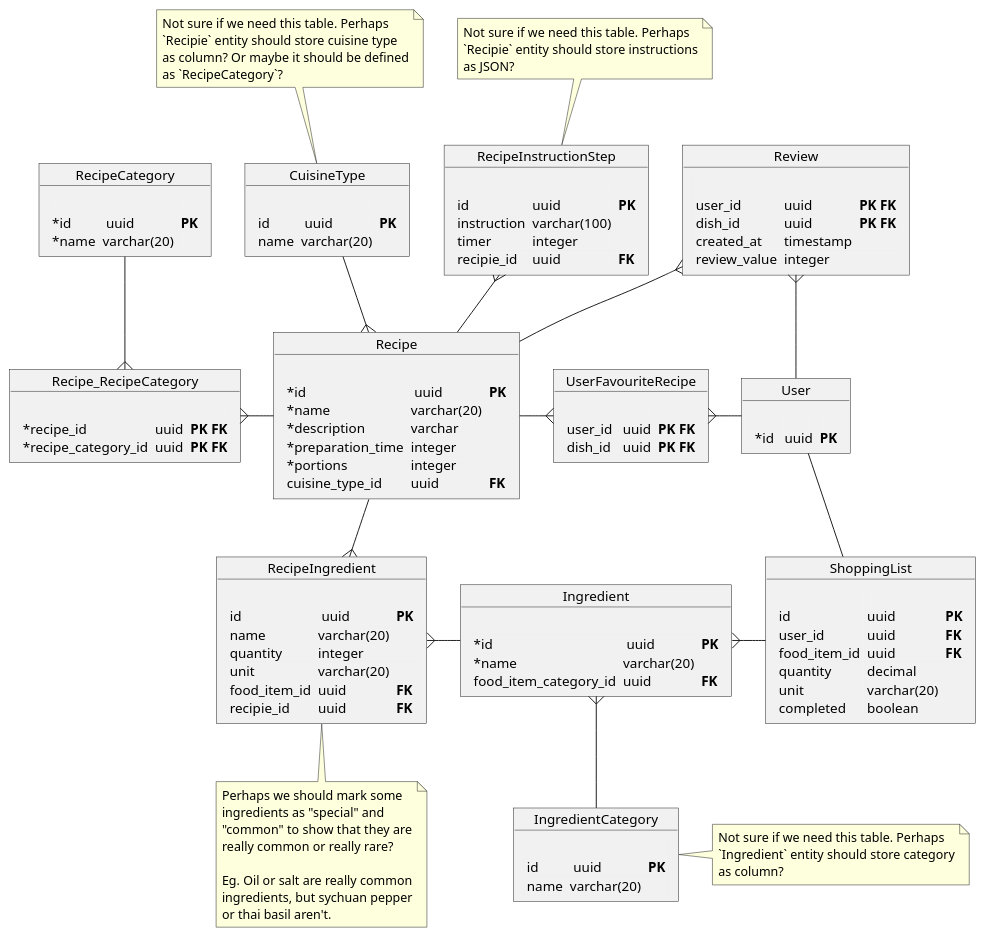
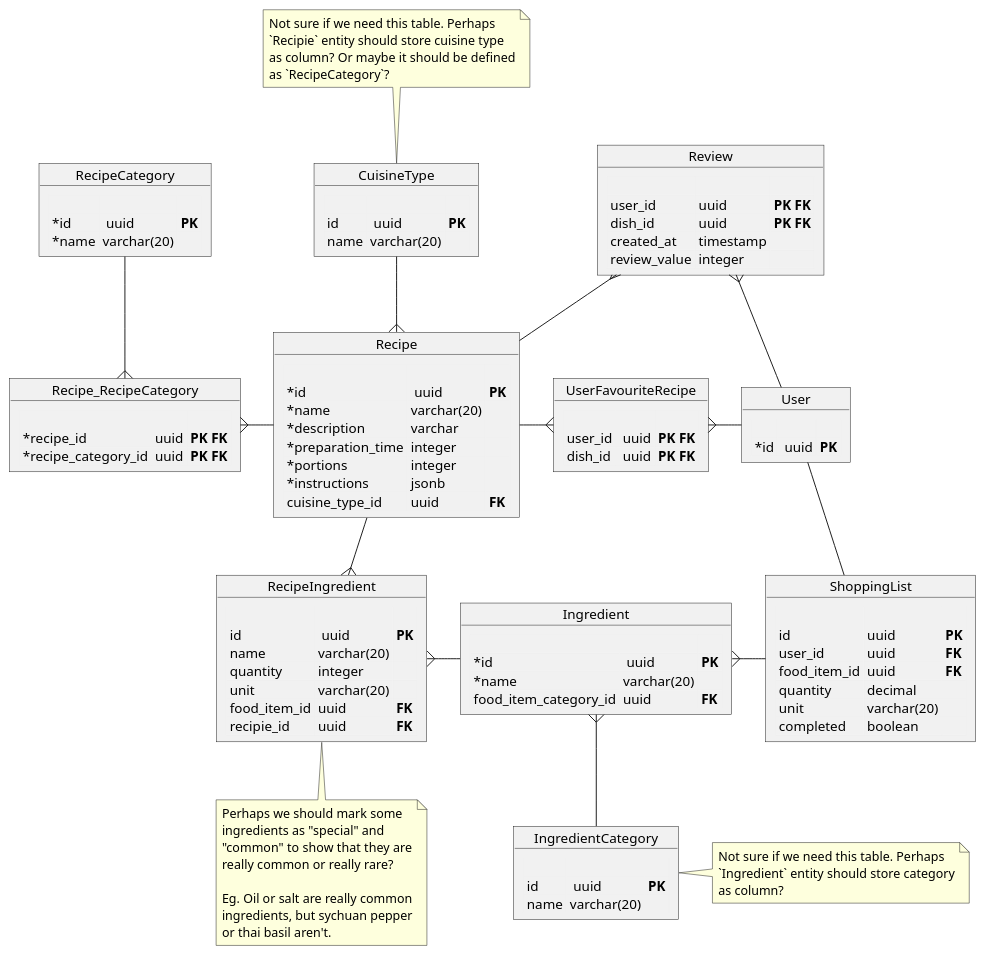
One commit to oskarski/inzynierka changed the diagram in docs/db-schema.puml. Above: the diagram before and after it, drawn with PlantUML.

Commit message:
marked `Recipe.instructions` as ready for crawler

```diff
--- a/docs/db-schema.puml
+++ b/docs/db-schema.puml
@@ -1,133 +1,119 @@
 @startuml
 object Recipe  {
     <#F1F1F1,#F1F1F1>|= |= |= |
     | *id |  uuid | **PK** |
     | *name | varchar(20) |
     | *description | varchar |
     | *preparation_time | integer |
     | *portions | integer |
+    | *instructions | jsonb |
     | cuisine_type_id | uuid | **FK** |
 }
-
-object RecipeInstructionStep {
-    <#F1F1F1,#F1F1F1>|= |= |= |
-    | id | uuid | **PK** |
-    | instruction | varchar(100) |
-    | timer | integer |
-    | recipie_id | uuid | **FK** |
-}
-
-note top of RecipeInstructionStep
-    Not sure if we need this table. Perhaps
-    `Recipie` entity should store instructions
-    as JSON?
-end note
 
 object RecipeIngredient {
   <#F1F1F1,#F1F1F1>|= |= |= |
     | id |  uuid | **PK** |
     | name | varchar(20) |
     | quantity | integer |
     | unit | varchar(20) |
     | food_item_id | uuid| **FK** |
     | recipie_id | uuid | **FK** |
 }
 
 note bottom of RecipeIngredient
     Perhaps we should mark some
     ingredients as "special" and
     "common" to show that they are
     really common or really rare?
 
     Eg. Oil or salt are really common
     ingredients, but sychuan pepper
     or thai basil aren't.
 end note
 
 object Ingredient {
   <#F1F1F1,#F1F1F1>|= |= |= |
     | *id |  uuid | **PK** |
     | *name | varchar(20) |
     | food_item_category_id | uuid | **FK** |
 }
 
 object IngredientCategory {
   <#F1F1F1,#F1F1F1>|= |= |= |
     | id |  uuid | **PK** |
     | name | varchar(20) |
 }
 
 note right of IngredientCategory
     Not sure if we need this table. Perhaps
     `Ingredient` entity should store category
     as column?
 end note
 
 object CuisineType {
     <#F1F1F1,#F1F1F1>|= |= |= |
     | id |  uuid | **PK** |
     | name | varchar(20) |
 }
 
 note top of CuisineType
     Not sure if we need this table. Perhaps
     `Recipie` entity should store cuisine type
     as column? Or maybe it should be defined
     as `RecipeCategory`?
 end note
 
 object RecipeCategory {
     <#F1F1F1,#F1F1F1>|= |= |= |
     | *id |  uuid | **PK** |
     | *name | varchar(20) |
 }
 
 object Recipe_RecipeCategory {
     <#F1F1F1,#F1F1F1>|= |= |= |
     | *recipe_id | uuid | **PK FK** |
     | *recipe_category_id | uuid | **PK FK** |
 }
 
 object User {
     <#F1F1F1,#F1F1F1>|= |= |= |
     | *id |  uuid | **PK** |
 }
 
 object UserFavouriteRecipe {
     <#F1F1F1,#F1F1F1>|= |= |= |
     | user_id |  uuid | **PK FK** |
     | dish_id |  uuid | **PK FK** |
 }
 
 object Review {
     <#F1F1F1,#F1F1F1>|= |= |= |
     | user_id | uuid | **PK FK** |
     | dish_id | uuid | **PK FK** |
     | created_at | timestamp | |
     | review_value | integer | |
 }
 
 object ShoppingList {
     <#F1F1F1,#F1F1F1>|= |= |= |
     | id | uuid | **PK** |
     | user_id | uuid | **FK** |
     | food_item_id | uuid | **FK** |
     | quantity | decimal | |
     | unit | varchar(20) | |
     | completed | boolean | |
 }
 
 Recipe -down-{ RecipeIngredient
-RecipeInstructionStep }-- Recipe
 RecipeIngredient }-right- Ingredient
 Ingredient }-- IngredientCategory
 Recipe }-up- CuisineType
 Recipe -left-{ Recipe_RecipeCategory
 Recipe_RecipeCategory }-up- RecipeCategory
 Recipe -right-{ UserFavouriteRecipe
 UserFavouriteRecipe }-right- User
 Recipe -up-{ Review
 Review }-down- User
 User -- ShoppingList
 ShoppingList -left-{ Ingredient
 @enduml
```
